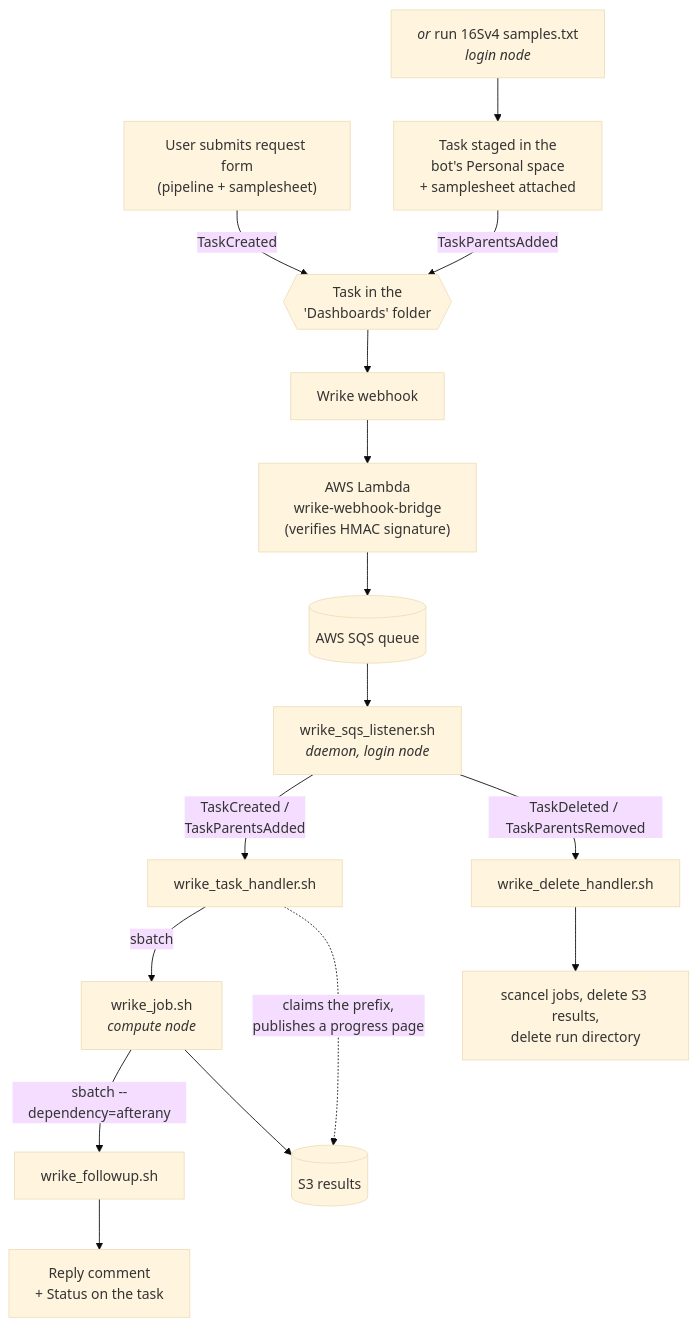
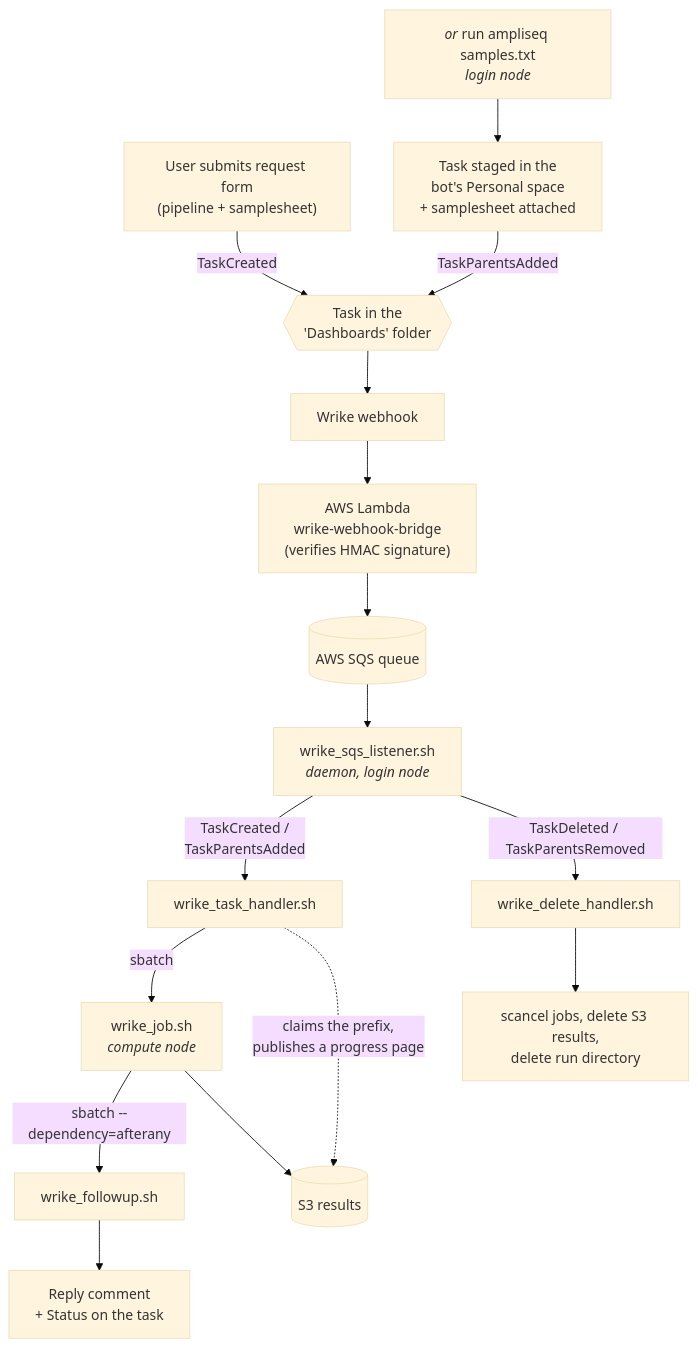
The diagram in docs/index.md (cmmr/nextflow), drawn with Mermaid (base theme) before and after one commit. The commit also changed other lines of this file and 41 other files, not shown here.

````diff
--- a/docs/index.md
+++ b/docs/index.md
@@ -17,18 +17,18 @@
 ```mermaid
 flowchart TD
     U["User submits request form<br/>(pipeline + samplesheet)"] -->|TaskCreated| T{{"Task in the<br/>'Dashboards' folder"}}
-    CLI["<i>or</i> run 16Sv4 samples.txt<br/><i>login node</i>"] --> ST["Task staged in the<br/>bot's Personal space<br/>+ samplesheet attached"]
+    CLI["<i>or</i> run ampliseq samples.txt<br/><i>login node</i>"] --> ST["Task staged in the<br/>bot's Personal space<br/>+ samplesheet attached"]
     ST -->|TaskParentsAdded| T
     T --> W[Wrike webhook]
     W --> L["AWS Lambda<br/>wrike-webhook-bridge<br/>(verifies HMAC signature)"]
     L --> Q[(AWS SQS queue)]
     Q --> D["wrike_sqs_listener.sh<br/><i>daemon, login node</i>"]
     D -->|"TaskCreated /<br/>TaskParentsAdded"| C[wrike_task_handler.sh]
     D -->|TaskDeleted / TaskParentsRemoved| X[wrike_delete_handler.sh]
     C -->|sbatch| J["wrike_job.sh<br/><i>compute node</i>"]
     J -->|"sbatch --dependency=afterany"| F[wrike_followup.sh]
     C -.->|"claims the prefix,<br/>publishes a progress page"| S3[(S3 results)]
     J --> S3
     F --> R["Reply comment<br/>+ Status on the task"]
     X --> CL["scancel jobs, delete S3 results,<br/>delete run directory"]
 ```
````
